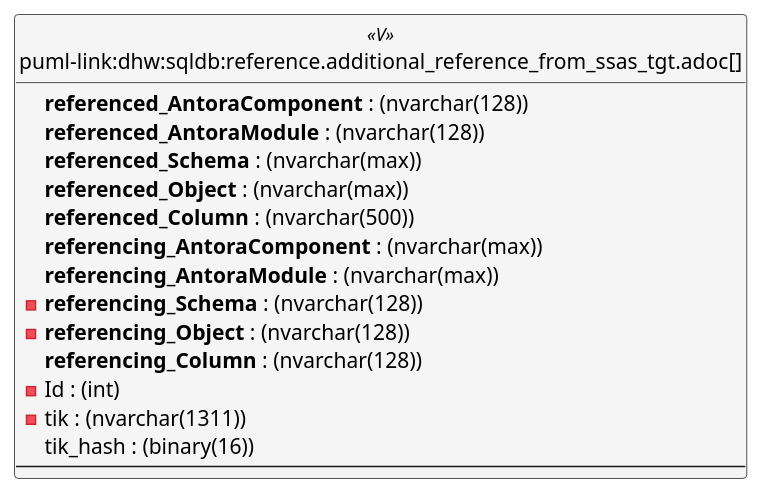
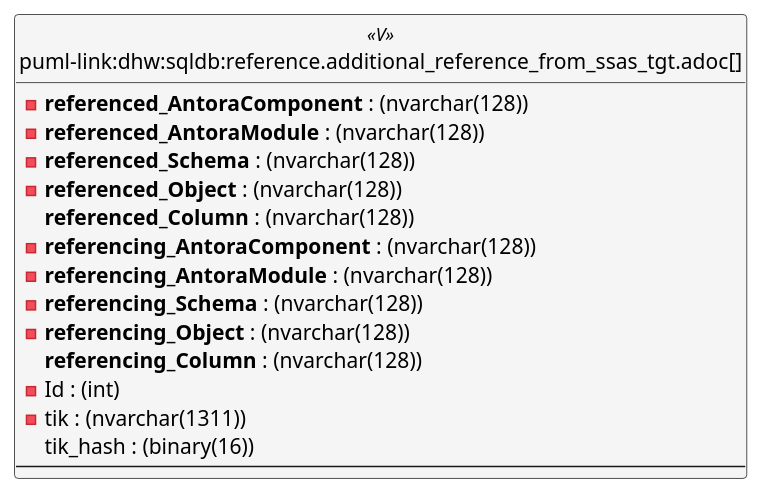
One commit to DataHandwerk/dhw-antora-sqldb changed the first of 6 diagrams in docs/modules/sqldb/partials/content/reference.additional_reference_from_ssas_tgt.adoc. Above: the diagram before and after it, drawn with PlantUML. The commit also changed other lines of this file and 641 other files, not shown here.

```diff
--- a/docs/modules/sqldb/partials/content/reference.additional_reference_from_ssas_tgt.adoc
+++ b/docs/modules/sqldb/partials/content/reference.additional_reference_from_ssas_tgt.adoc
@@ -836,46 +836,46 @@
 [plantuml, entity-{docname}, svg, subs=macros]
 ....
 'Left to right direction
 top to bottom direction
 hide circle
 'avoide "." issues:
 set namespaceSeparator none
 
 
 skinparam class {
   BackgroundColor White
   BackgroundColor<<FN>> Yellow
   BackgroundColor<<FS>> Yellow
   BackgroundColor<<FT>> LightGray
   BackgroundColor<<IF>> Yellow
   BackgroundColor<<IS>> Yellow
   BackgroundColor<<P>>  Aqua
   BackgroundColor<<PC>> Aqua
   BackgroundColor<<SN>> Yellow
   BackgroundColor<<SO>> SlateBlue
   BackgroundColor<<TF>> LightGray
   BackgroundColor<<TR>> Tomato
   BackgroundColor<<U>>  White
   BackgroundColor<<V>>  WhiteSmoke
   BackgroundColor<<X>>  Aqua
   BackgroundColor<<external>> AliceBlue
 }
 
 
 entity "puml-link:dhw:sqldb:reference.additional_reference_from_ssas_tgt.adoc[]" as reference.additional_Reference_from_ssas_tgt << V >> {
-  **referenced_AntoraComponent** : (nvarchar(128))
-  **referenced_AntoraModule** : (nvarchar(128))
-  **referenced_Schema** : (nvarchar(max))
-  **referenced_Object** : (nvarchar(max))
-  **referenced_Column** : (nvarchar(500))
-  **referencing_AntoraComponent** : (nvarchar(max))
-  **referencing_AntoraModule** : (nvarchar(max))
+  - **referenced_AntoraComponent** : (nvarchar(128))
+  - **referenced_AntoraModule** : (nvarchar(128))
+  - **referenced_Schema** : (nvarchar(128))
+  - **referenced_Object** : (nvarchar(128))
+  **referenced_Column** : (nvarchar(128))
+  - **referencing_AntoraComponent** : (nvarchar(128))
+  - **referencing_AntoraModule** : (nvarchar(128))
   - **referencing_Schema** : (nvarchar(128))
   - **referencing_Object** : (nvarchar(128))
   **referencing_Column** : (nvarchar(128))
   - Id : (int)
   - tik : (nvarchar(1311))
   tik_hash : (binary(16))
   --
 }
 ....
```
